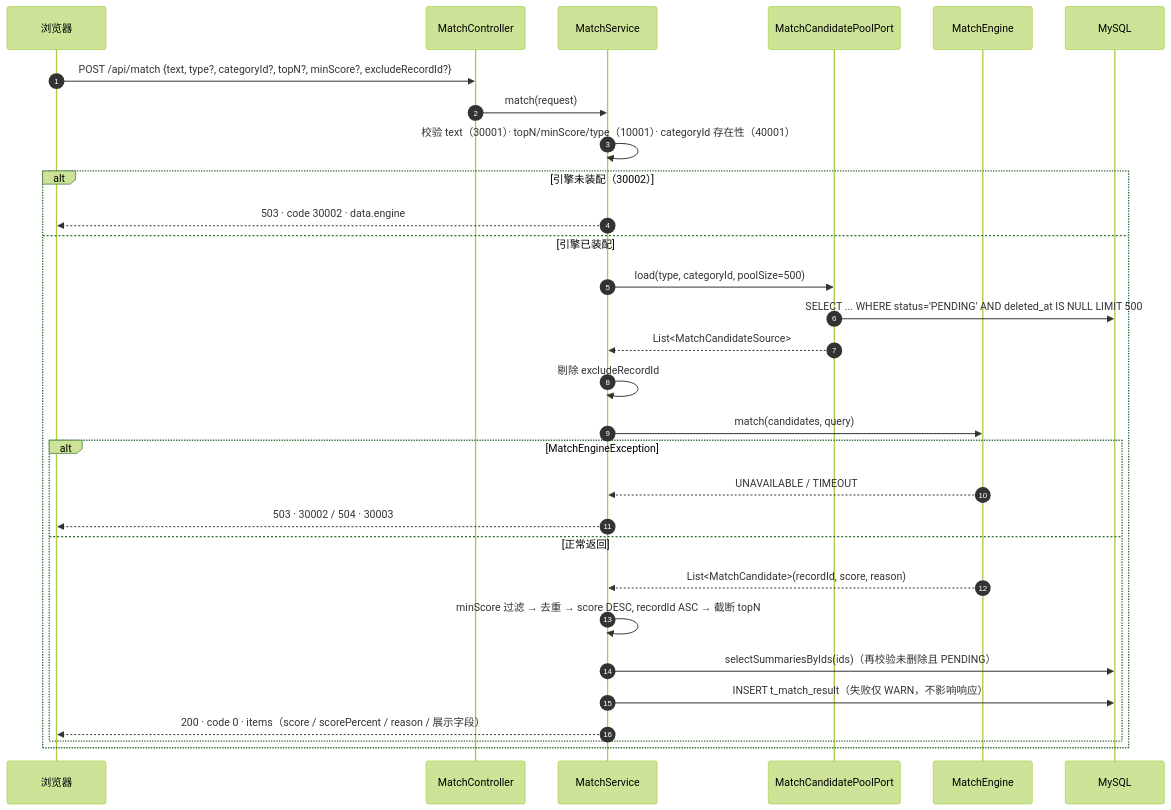
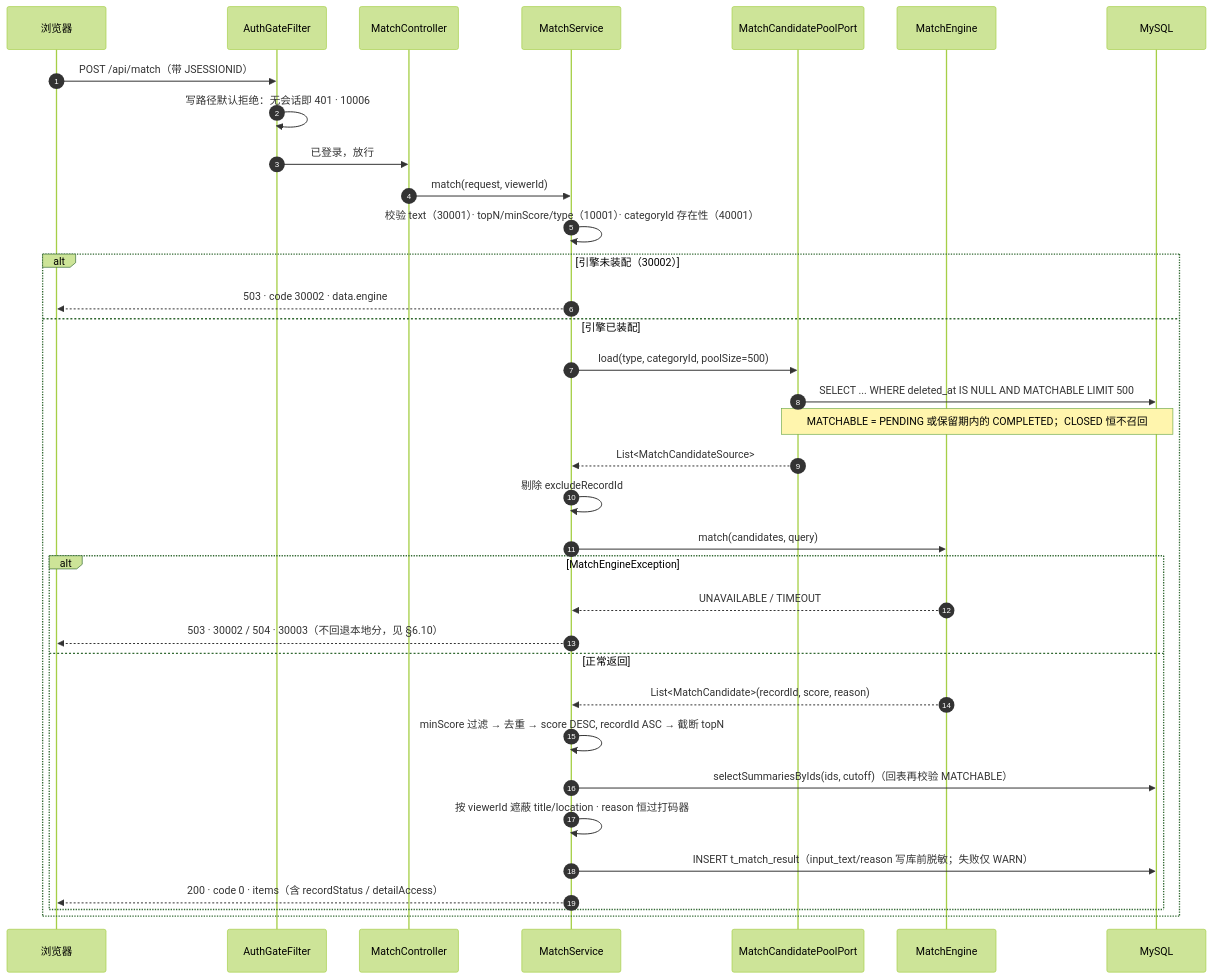
The diagram in docs/design/diagrams/match-sequence.mmd (BLingKiy/find-it-campus), drawn with Mermaid (forest theme) before and after one commit. The commit also changed 19 other files, not shown here.

```diff
--- a/docs/design/diagrams/match-sequence.mmd
+++ b/docs/design/diagrams/match-sequence.mmd
@@ -1,34 +1,39 @@
-%% find-it-campus · POST /api/match 调用时序（含失败出口）
-%% 事实来源：MatchController / MatchService / MatchCandidatePoolPort / KeywordMatchEngine / MatchResultMapper
+%% find-it-campus · POST /api/match 调用时序（v2，含失败出口）
+%% 事实来源：AuthGateFilter / MatchController / MatchService / RecordCandidatePoolAdapter / KeywordMatchEngine / MatchResultMapper
 sequenceDiagram
   autonumber
   participant C as 浏览器
+  participant Gate as AuthGateFilter
   participant Ctl as MatchController
   participant Svc as MatchService
   participant Pool as MatchCandidatePoolPort
   participant Eng as MatchEngine
   participant DB as MySQL
 
-  C->>Ctl: POST /api/match {text, type?, categoryId?, topN?, minScore?, excludeRecordId?}
-  Ctl->>Svc: match(request)
+  C->>Gate: POST /api/match（带 JSESSIONID）
+  Gate->>Gate: 写路径默认拒绝：无会话即 401 · 10006
+  Gate->>Ctl: 已登录，放行
+  Ctl->>Svc: match(request, viewerId)
   Svc->>Svc: 校验 text（30001）· topN/minScore/type（10001）· categoryId 存在性（40001）
 
   alt 引擎未装配（30002）
     Svc-->>C: 503 · code 30002 · data.engine
   else 引擎已装配
     Svc->>Pool: load(type, categoryId, poolSize=500)
-    Pool->>DB: SELECT ... WHERE status='PENDING' AND deleted_at IS NULL LIMIT 500
+    Pool->>DB: SELECT ... WHERE deleted_at IS NULL AND MATCHABLE LIMIT 500
+    Note over Pool,DB: MATCHABLE = PENDING 或保留期内的 COMPLETED；CLOSED 恒不召回
     Pool-->>Svc: List<MatchCandidateSource>
     Svc->>Svc: 剔除 excludeRecordId
     Svc->>Eng: match(candidates, query)
     alt MatchEngineException
       Eng-->>Svc: UNAVAILABLE / TIMEOUT
-      Svc-->>C: 503 · 30002 / 504 · 30003
+      Svc-->>C: 503 · 30002 / 504 · 30003（不回退本地分，见 §6.10）
     else 正常返回
       Eng-->>Svc: List<MatchCandidate>(recordId, score, reason)
       Svc->>Svc: minScore 过滤 → 去重 → score DESC, recordId ASC → 截断 topN
-      Svc->>DB: selectSummariesByIds(ids)（再校验未删除且 PENDING）
-      Svc->>DB: INSERT t_match_result（失败仅 WARN，不影响响应）
-      Svc-->>C: 200 · code 0 · items（score / scorePercent / reason / 展示字段）
+      Svc->>DB: selectSummariesByIds(ids, cutoff)（回表再校验 MATCHABLE）
+      Svc->>Svc: 按 viewerId 遮蔽 title/location · reason 恒过打码器
+      Svc->>DB: INSERT t_match_result（input_text/reason 写库前脱敏；失败仅 WARN）
+      Svc-->>C: 200 · code 0 · items（含 recordStatus / detailAccess）
     end
   end
```
